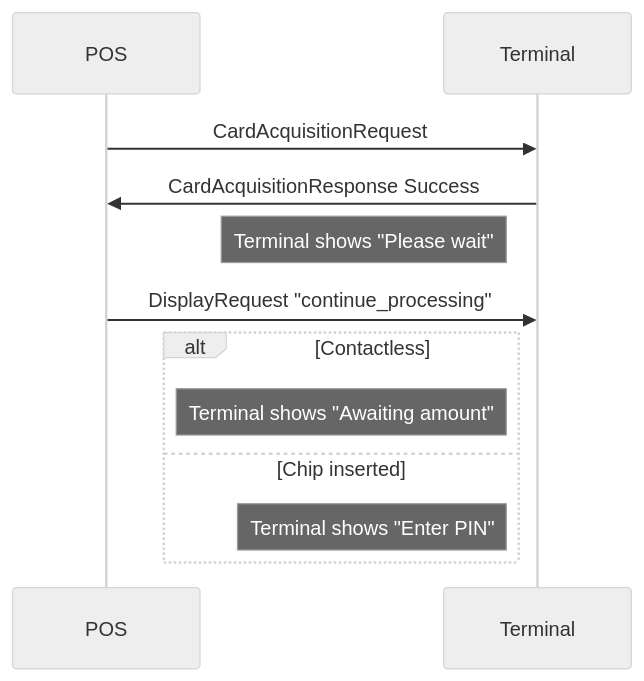
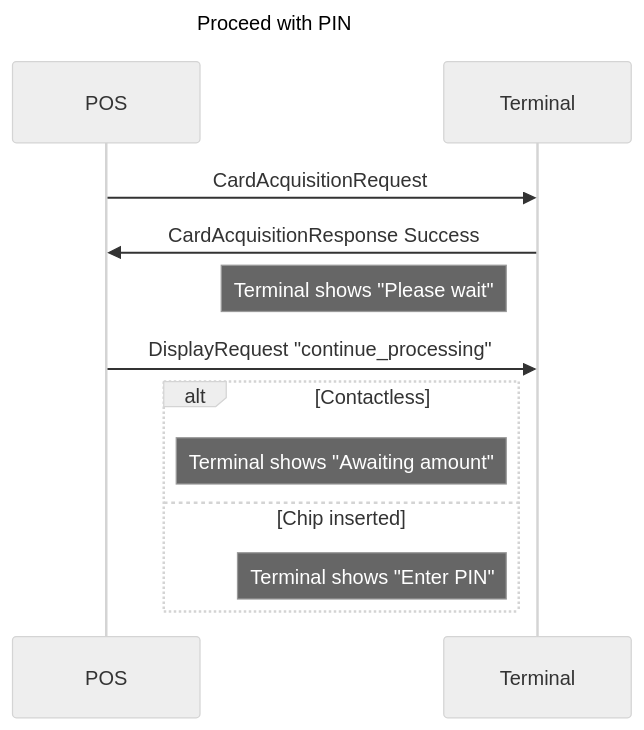
The fourth of 4 diagrams in pax-terminal/Nexo-Retailer/get-card-ahead.md (SwedbankPay/developer.swedbankpay.com), drawn with Mermaid (neutral theme) before and after one commit. The commit also changed other lines of this file and 66 other files, not shown here.

Commit message:
Added titles in sequence diagrams

````diff
--- a/pax-terminal/Nexo-Retailer/get-card-ahead.md
+++ b/pax-terminal/Nexo-Retailer/get-card-ahead.md
@@ -126,14 +129,15 @@
 ```mermaid
 sequenceDiagram
+title: Proceed with PIN
 participant POS
 participant Terminal
 POS->>Terminal: CardAcquisitionRequest
 Terminal->>POS: CardAcquisitionResponse Success
 Note left of Terminal: Terminal shows "Please wait"
 POS->>Terminal: DisplayRequest "continue_processing"
-alt Contactless 
+alt Contactless
 Note left of Terminal: Terminal shows "Awaiting amount"
 else Chip inserted
 Note left of Terminal: Terminal shows "Enter PIN"
 end
 ```
````
